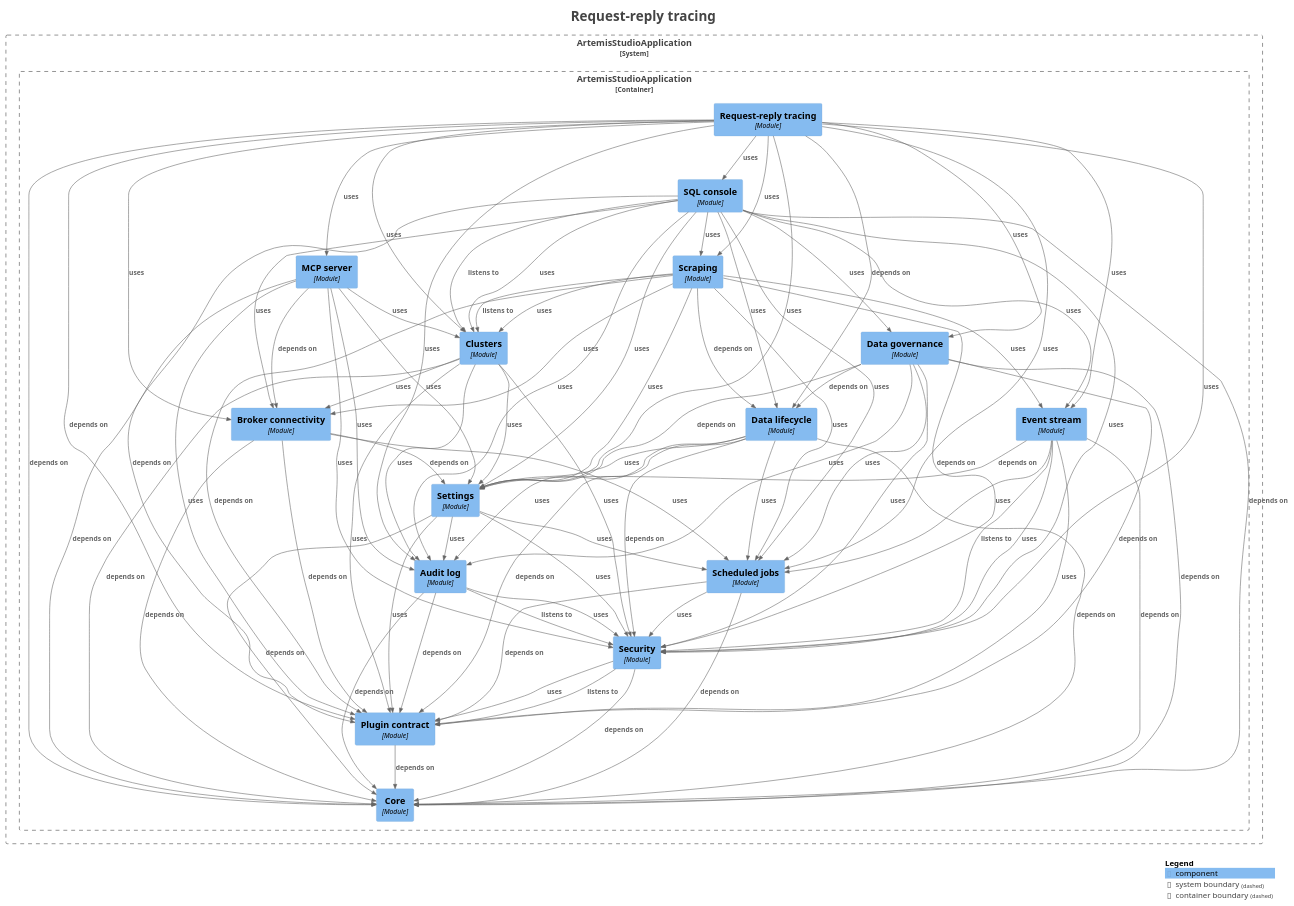
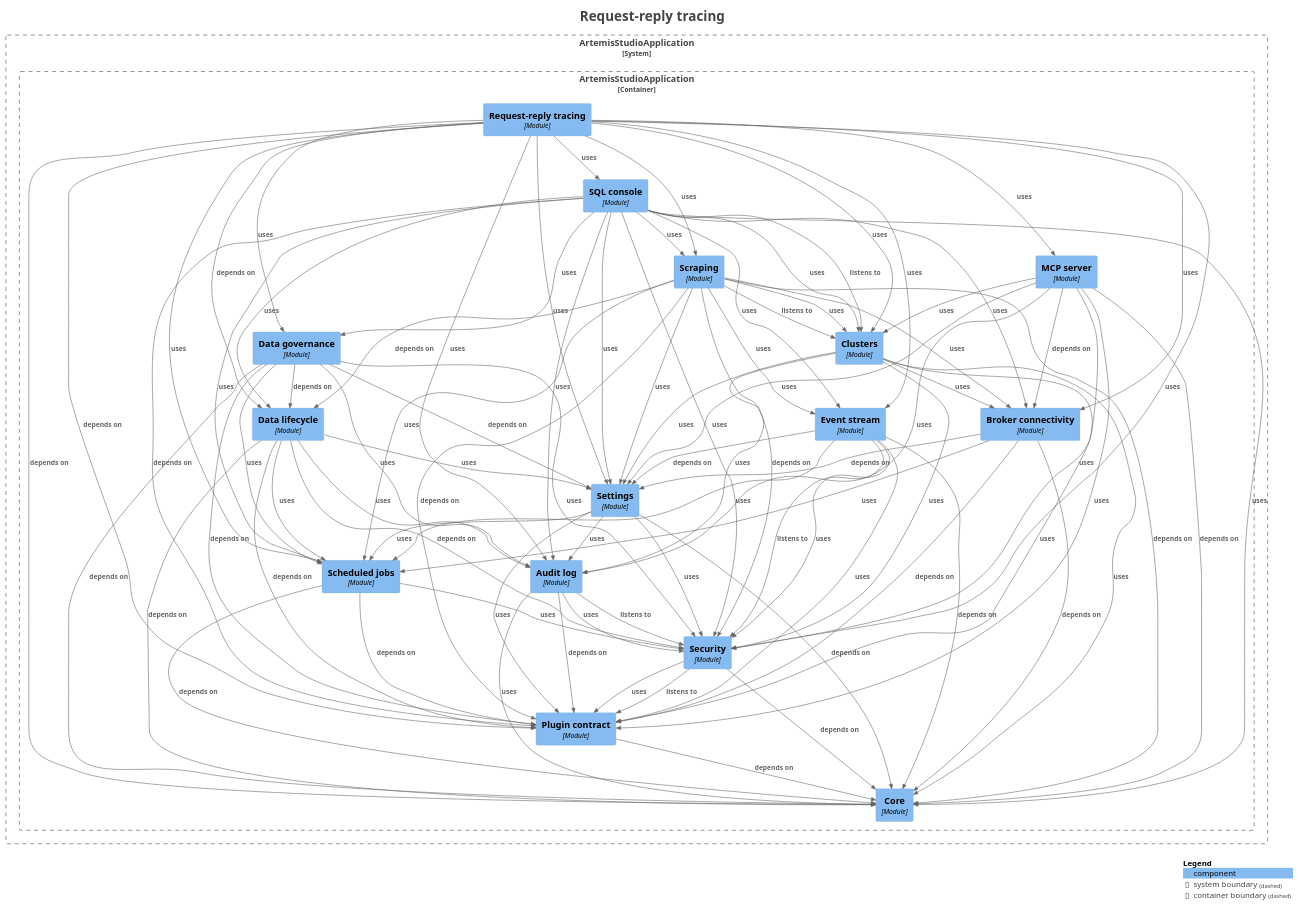
Before and after one commit to sudoitir/artemis-studio: the diagram in docs/modules/module-feature.rr.puml, drawn with PlantUML. The commit also changed 84 other files, not shown here.

```diff
--- a/docs/modules/module-feature.rr.puml
+++ b/docs/modules/module-feature.rr.puml
@@ -36,7 +36,7 @@
 
 }
 
-Rel(ArtemisStudioApplication.ArtemisStudioApplication.Auditlog, ArtemisStudioApplication.ArtemisStudioApplication.Core, "depends on", $techn="", $tags="", $link="")
+Rel(ArtemisStudioApplication.ArtemisStudioApplication.Auditlog, ArtemisStudioApplication.ArtemisStudioApplication.Core, "uses", $techn="", $tags="", $link="")
 Rel(ArtemisStudioApplication.ArtemisStudioApplication.Auditlog, ArtemisStudioApplication.ArtemisStudioApplication.Plugincontract, "depends on", $techn="", $tags="", $link="")
 Rel(ArtemisStudioApplication.ArtemisStudioApplication.Auditlog, ArtemisStudioApplication.ArtemisStudioApplication.Security, "listens to", $techn="", $tags="", $link="")
 Rel(ArtemisStudioApplication.ArtemisStudioApplication.Auditlog, ArtemisStudioApplication.ArtemisStudioApplication.Security, "uses", $techn="", $tags="", $link="")
@@ -46,7 +46,7 @@
 Rel(ArtemisStudioApplication.ArtemisStudioApplication.Brokerconnectivity, ArtemisStudioApplication.ArtemisStudioApplication.Settings, "depends on", $techn="", $tags="", $link="")
 Rel(ArtemisStudioApplication.ArtemisStudioApplication.Clusters, ArtemisStudioApplication.ArtemisStudioApplication.Auditlog, "uses", $techn="", $tags="", $link="")
 Rel(ArtemisStudioApplication.ArtemisStudioApplication.Clusters, ArtemisStudioApplication.ArtemisStudioApplication.Brokerconnectivity, "uses", $techn="", $tags="", $link="")
-Rel(ArtemisStudioApplication.ArtemisStudioApplication.Clusters, ArtemisStudioApplication.ArtemisStudioApplication.Core, "depends on", $techn="", $tags="", $link="")
+Rel(ArtemisStudioApplication.ArtemisStudioApplication.Clusters, ArtemisStudioApplication.ArtemisStudioApplication.Core, "uses", $techn="", $tags="", $link="")
 Rel(ArtemisStudioApplication.ArtemisStudioApplication.Clusters, ArtemisStudioApplication.ArtemisStudioApplication.Plugincontract, "uses", $techn="", $tags="", $link="")
 Rel(ArtemisStudioApplication.ArtemisStudioApplication.Clusters, ArtemisStudioApplication.ArtemisStudioApplication.Security, "uses", $techn="", $tags="", $link="")
 Rel(ArtemisStudioApplication.ArtemisStudioApplication.Clusters, ArtemisStudioApplication.ArtemisStudioApplication.Settings, "uses", $techn="", $tags="", $link="")
@@ -95,7 +95,7 @@
 Rel(ArtemisStudioApplication.ArtemisStudioApplication.SQLconsole, ArtemisStudioApplication.ArtemisStudioApplication.Brokerconnectivity, "uses", $techn="", $tags="", $link="")
 Rel(ArtemisStudioApplication.ArtemisStudioApplication.SQLconsole, ArtemisStudioApplication.ArtemisStudioApplication.Clusters, "listens to", $techn="", $tags="", $link="")
 Rel(ArtemisStudioApplication.ArtemisStudioApplication.SQLconsole, ArtemisStudioApplication.ArtemisStudioApplication.Clusters, "uses", $techn="", $tags="", $link="")
-Rel(ArtemisStudioApplication.ArtemisStudioApplication.SQLconsole, ArtemisStudioApplication.ArtemisStudioApplication.Core, "depends on", $techn="", $tags="", $link="")
+Rel(ArtemisStudioApplication.ArtemisStudioApplication.SQLconsole, ArtemisStudioApplication.ArtemisStudioApplication.Core, "uses", $techn="", $tags="", $link="")
 Rel(ArtemisStudioApplication.ArtemisStudioApplication.SQLconsole, ArtemisStudioApplication.ArtemisStudioApplication.Datagovernance, "uses", $techn="", $tags="", $link="")
 Rel(ArtemisStudioApplication.ArtemisStudioApplication.SQLconsole, ArtemisStudioApplication.ArtemisStudioApplication.Datalifecycle, "uses", $techn="", $tags="", $link="")
 Rel(ArtemisStudioApplication.ArtemisStudioApplication.SQLconsole, ArtemisStudioApplication.ArtemisStudioApplication.Eventstream, "uses", $techn="", $tags="", $link="")
@@ -110,6 +110,7 @@
 Rel(ArtemisStudioApplication.ArtemisStudioApplication.Scraping, ArtemisStudioApplication.ArtemisStudioApplication.Brokerconnectivity, "uses", $techn="", $tags="", $link="")
 Rel(ArtemisStudioApplication.ArtemisStudioApplication.Scraping, ArtemisStudioApplication.ArtemisStudioApplication.Clusters, "listens to", $techn="", $tags="", $link="")
 Rel(ArtemisStudioApplication.ArtemisStudioApplication.Scraping, ArtemisStudioApplication.ArtemisStudioApplication.Clusters, "uses", $techn="", $tags="", $link="")
+Rel(ArtemisStudioApplication.ArtemisStudioApplication.Scraping, ArtemisStudioApplication.ArtemisStudioApplication.Core, "depends on", $techn="", $tags="", $link="")
 Rel(ArtemisStudioApplication.ArtemisStudioApplication.Scraping, ArtemisStudioApplication.ArtemisStudioApplication.Datalifecycle, "depends on", $techn="", $tags="", $link="")
 Rel(ArtemisStudioApplication.ArtemisStudioApplication.Scraping, ArtemisStudioApplication.ArtemisStudioApplication.Eventstream, "uses", $techn="", $tags="", $link="")
 Rel(ArtemisStudioApplication.ArtemisStudioApplication.Scraping, ArtemisStudioApplication.ArtemisStudioApplication.Plugincontract, "depends on", $techn="", $tags="", $link="")
```
